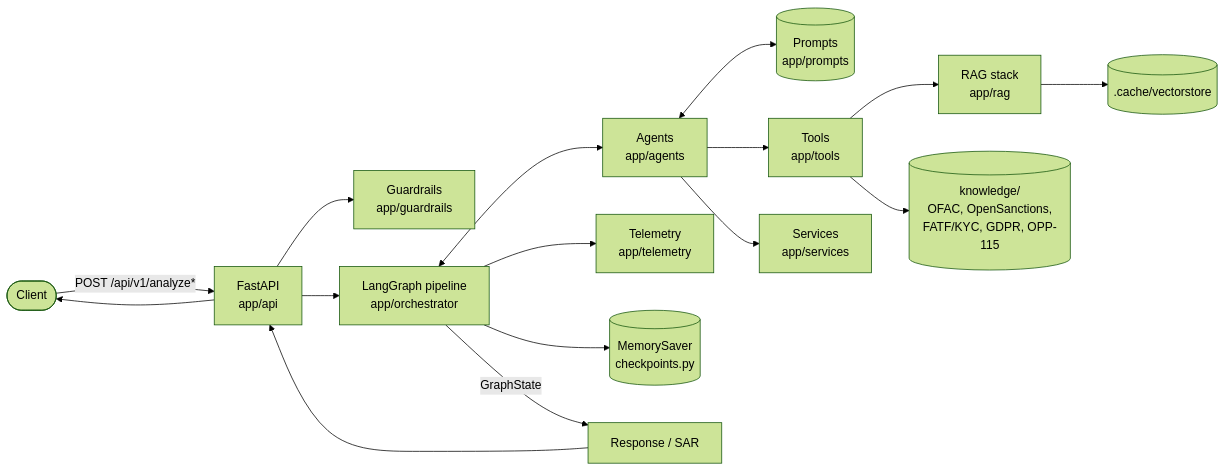
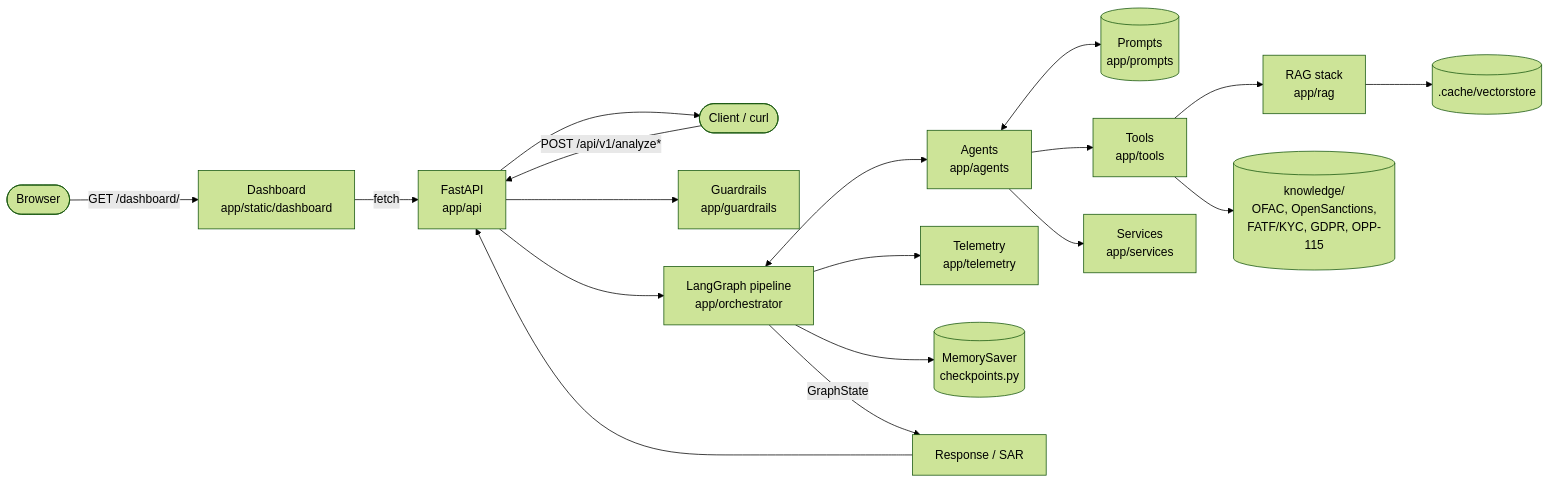
One commit to okay-khushi/techm-kyc changed the first of 2 diagrams in architecture.md. Above: the diagram before and after it, drawn with Mermaid (forest theme). The commit also changed other lines of this file and 10 other files, not shown here.

Commit message:
Add dashboard UI and walkthrough script; update RAG pipeline and API routes

````diff
--- a/architecture.md
+++ b/architecture.md
@@ -9,18 +9,20 @@
 ```mermaid
 flowchart LR
-    Client([Client]) -->|"POST /api/v1/analyze*"| API[FastAPI\napp/api]
+    Browser([Browser]) -->|"GET /dashboard/"| Dashboard[Dashboard\napp/static/dashboard]
+    Dashboard -->|fetch| API
+    Client([Client / curl]) -->|"POST /api/v1/analyze*"| API[FastAPI\napp/api]
     API --> Guardrail[Guardrails\napp/guardrails]
     API --> Graph[LangGraph pipeline\napp/orchestrator]
     Graph <--> Agents[Agents\napp/agents]
     Agents <--> Prompts[(Prompts\napp/prompts)]
     Agents --> Tools[Tools\napp/tools]
     Tools --> RAG[RAG stack\napp/rag]
     RAG --> VectorCache[(.cache/vectorstore)]
     Tools --> Knowledge[(knowledge/\nOFAC, OpenSanctions,\nFATF/KYC, GDPR, OPP-115)]
     Agents --> Services[Services\napp/services]
     Graph --> Telemetry[Telemetry\napp/telemetry]
     Graph --> Checkpoint[(MemorySaver\ncheckpoints.py)]
     Graph -->|GraphState| Response[Response / SAR]
     Response --> API
     API --> Client
 ```
````
